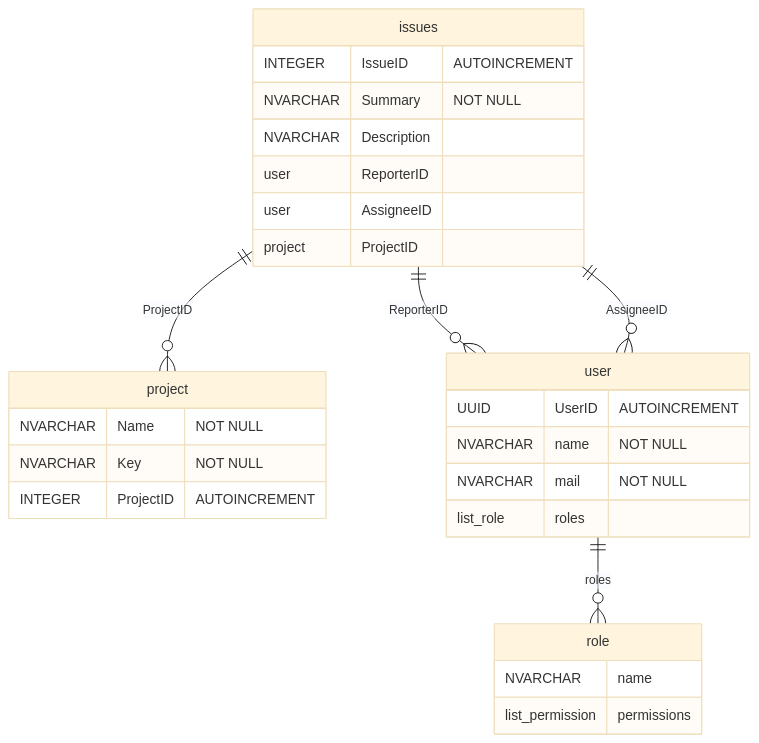
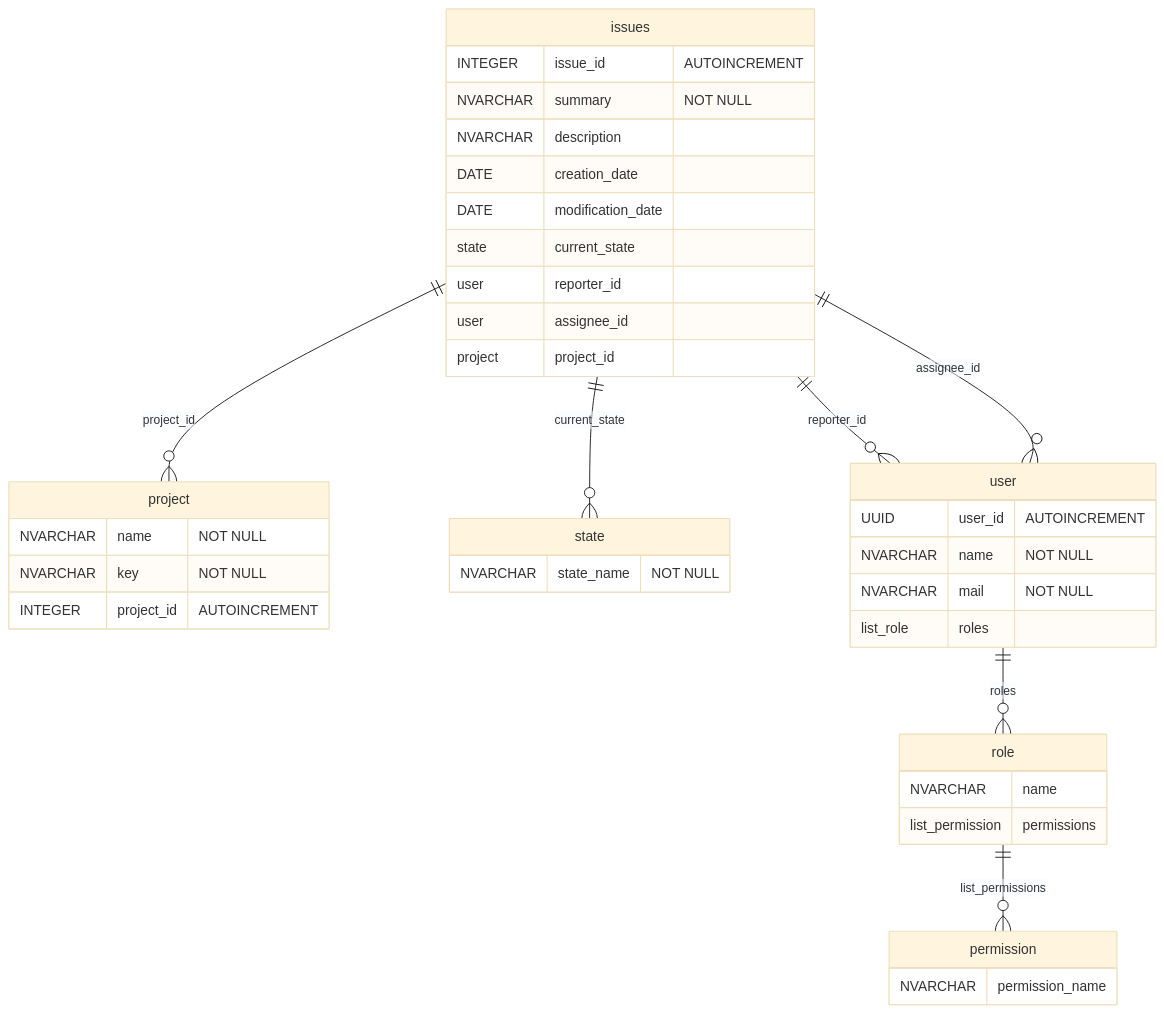
The diagram in architecture/database.md (ShanSanear/TaskTracker), drawn with Mermaid (base theme) before and after one commit.

Commit message:
A bit more complicated database structure

````diff
--- a/architecture/database.md
+++ b/architecture/database.md
@@ -1,38 +1,51 @@
 ```mermaid
 erDiagram
 
   issues {
-    INTEGER IssueID "AUTOINCREMENT"
-    NVARCHAR Summary "NOT NULL"
-    NVARCHAR Description
-    user ReporterID
-    user AssigneeID
-    project ProjectID
+    INTEGER issue_id "AUTOINCREMENT"
+    NVARCHAR summary "NOT NULL"
+    NVARCHAR description
+    DATE creation_date
+    DATE modification_date
+    state current_state
+    user reporter_id
+    user assignee_id
+    project project_id
   }
   
   project {
-    NVARCHAR Name "NOT NULL"
-    NVARCHAR Key "NOT NULL"
-    INTEGER ProjectID "AUTOINCREMENT"
+    NVARCHAR name "NOT NULL"
+    NVARCHAR key "NOT NULL"
+    INTEGER project_id "AUTOINCREMENT"
+  }
+  
+  state {
+    NVARCHAR state_name "NOT NULL"
   }
   
   user {
-    UUID UserID "AUTOINCREMENT"
+    UUID user_id "AUTOINCREMENT"
     NVARCHAR name "NOT NULL"
     NVARCHAR mail "NOT NULL"
     list_role roles
     
   }
   
   role {
     NVARCHAR name
     list_permission permissions
   }
   
+  permission {
+    NVARCHAR permission_name
+  }
   
-  issues ||--o{ project : "ProjectID"
-  issues ||--o{ user : "ReporterID"
-  issues ||--o{ user : "AssigneeID"
+  
+  issues ||--o{ project : "project_id"
+  issues ||--o{ user : "reporter_id"
+  issues ||--o{ user : "assignee_id"
+  issues ||--o{ state : "current_state"
   user ||--o{ role : "roles"
+  role ||--o{ permission : "list_permissions"
 
 ```
````
